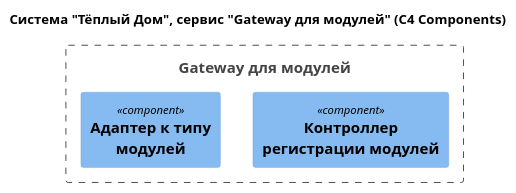
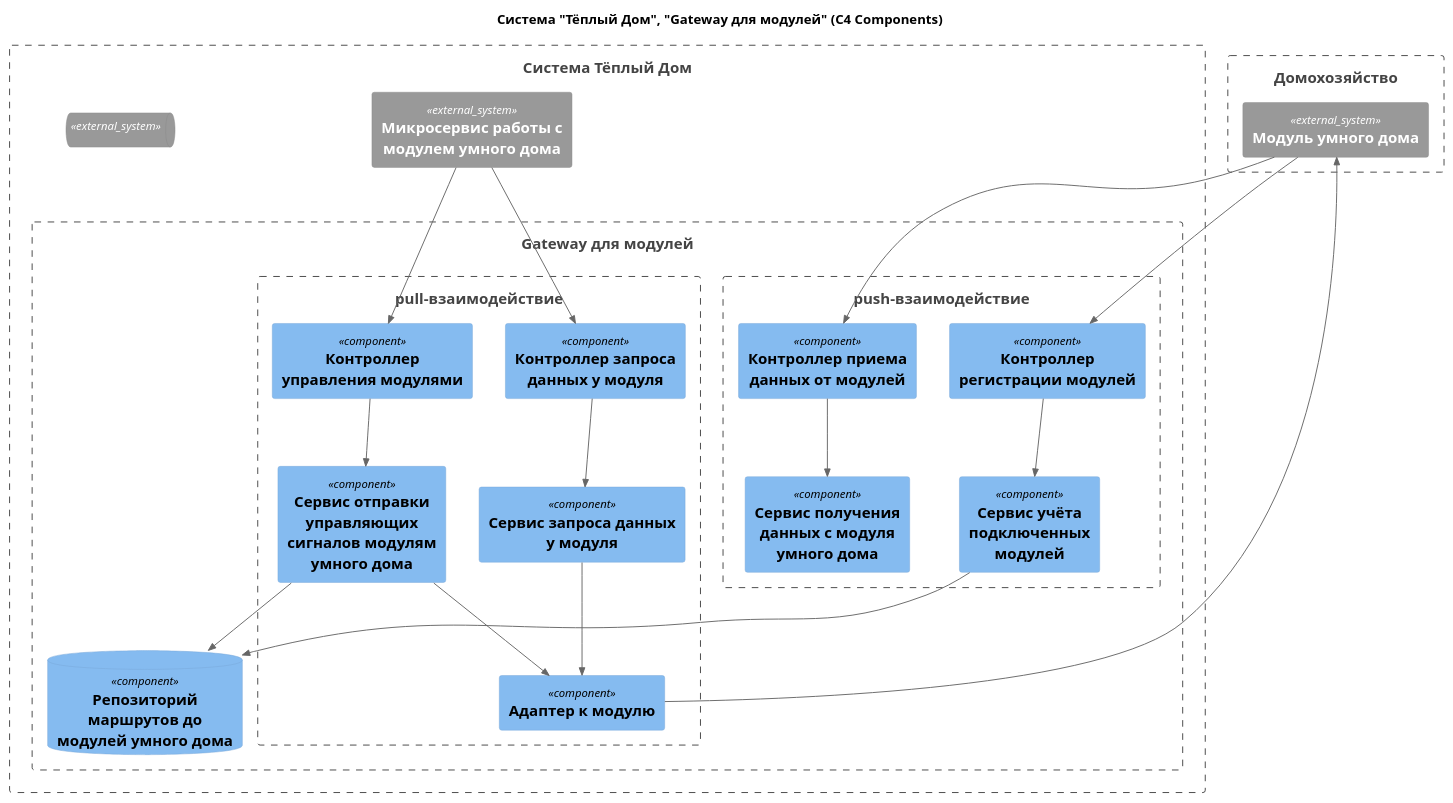
Before and after one commit to kalach77rus/warmhouse: the diagram in schemas/components/WarmHouse_Components.puml, drawn with PlantUML. The commit also changed 1 other file, not shown here.

```diff
--- a/schemas/components/WarmHouse_Components.puml
+++ b/schemas/components/WarmHouse_Components.puml
@@ -1,11 +1,50 @@
 @startuml warmhouse containers diagram
 !include ../assets/C4_templates/C4_Component.puml
 
-title Система "Тёплый Дом", сервис "Gateway для модулей" (C4 Components)
+title Система "Тёплый Дом", "Gateway для модулей" (C4 Components)
 
-Boundary(service, "Gateway для модулей") {
-    Component(register_ctrl, "Контроллер регистрации модулей")
-    Component(module_adapter, "Адаптер к типу модулей")
+Boundary(main_system, "Система Тёплый Дом") {
+    Boundary(service, "Gateway для модулей") {
+        Boundary(pull_part, "pull-взаимодействие") {
+            Component(command_srv, "Сервис отправки управляющих сигналов модулям умного дома")
+            Component(module_adapter, "Адаптер к модулю")
+            Component(control_sig_ctrl, "Контроллер управления модулями")
+            Component(pull_data_ctrl, "Контроллер запроса данных у модуля")
+            Component(pull_data_srv, "Сервис запроса данных у модуля")
+        }
+        Boundary(push_part, "push-взаимодействие") {
+            Component(active_gather_ctrl, "Контроллер приема данных от модулей")
+            Component(query_srv, "Сервис получения данных с модуля умного дома")
+            Component(register_ctrl, "Контроллер регистрации модулей")
+            Component(modules_reg_srv, "Сервис учёта подключенных модулей")
+        }
+
+        ComponentDb(routing_srv, "Репозиторий маршрутов до модулей умного дома")
+    }
+    System_Ext(module_srv, "Микросервис работы с модулем умного дома", "")
+    SystemQueue_Ext(a, "", "")
 }
 
+Boundary(home, "Домохозяйство") {
+    System_Ext(module, "Модуль умного дома", "")
+}
+
+Rel(module, register_ctrl, "")
+Rel(module, active_gather_ctrl, "")
+Rel(control_sig_ctrl, command_srv, "")
+Rel(active_gather_ctrl, query_srv, "")
+Rel(register_ctrl, modules_reg_srv, "")
+Rel(module_srv, pull_data_ctrl, "")
+Rel(pull_data_ctrl, pull_data_srv, "")
+Rel(pull_data_srv, module_adapter, "")
+
+Rel(module_adapter, module, "")
+
+Rel(module_srv, control_sig_ctrl, "")
+
+Rel(modules_reg_srv, routing_srv, "")
+Rel(command_srv, module_adapter, "")
+Rel(command_srv, routing_srv, "")
+
+
 @enduml
```
